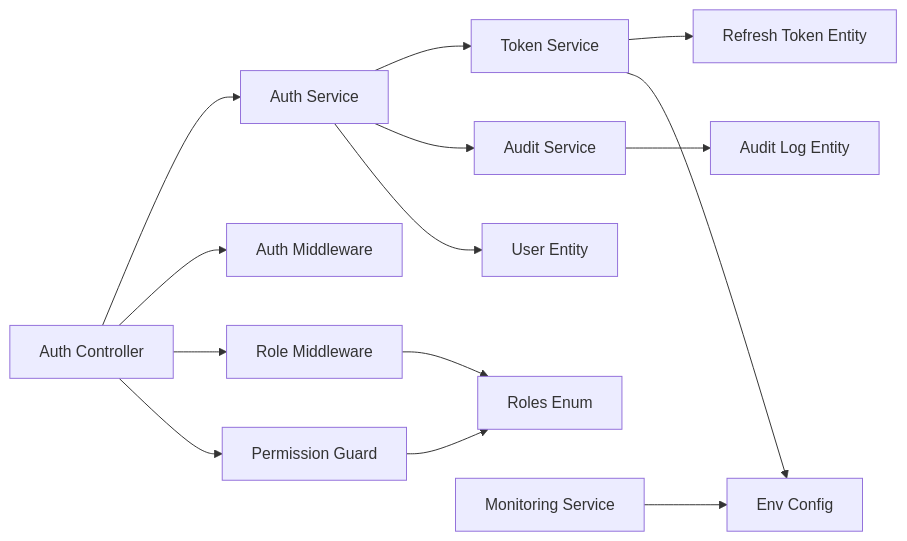
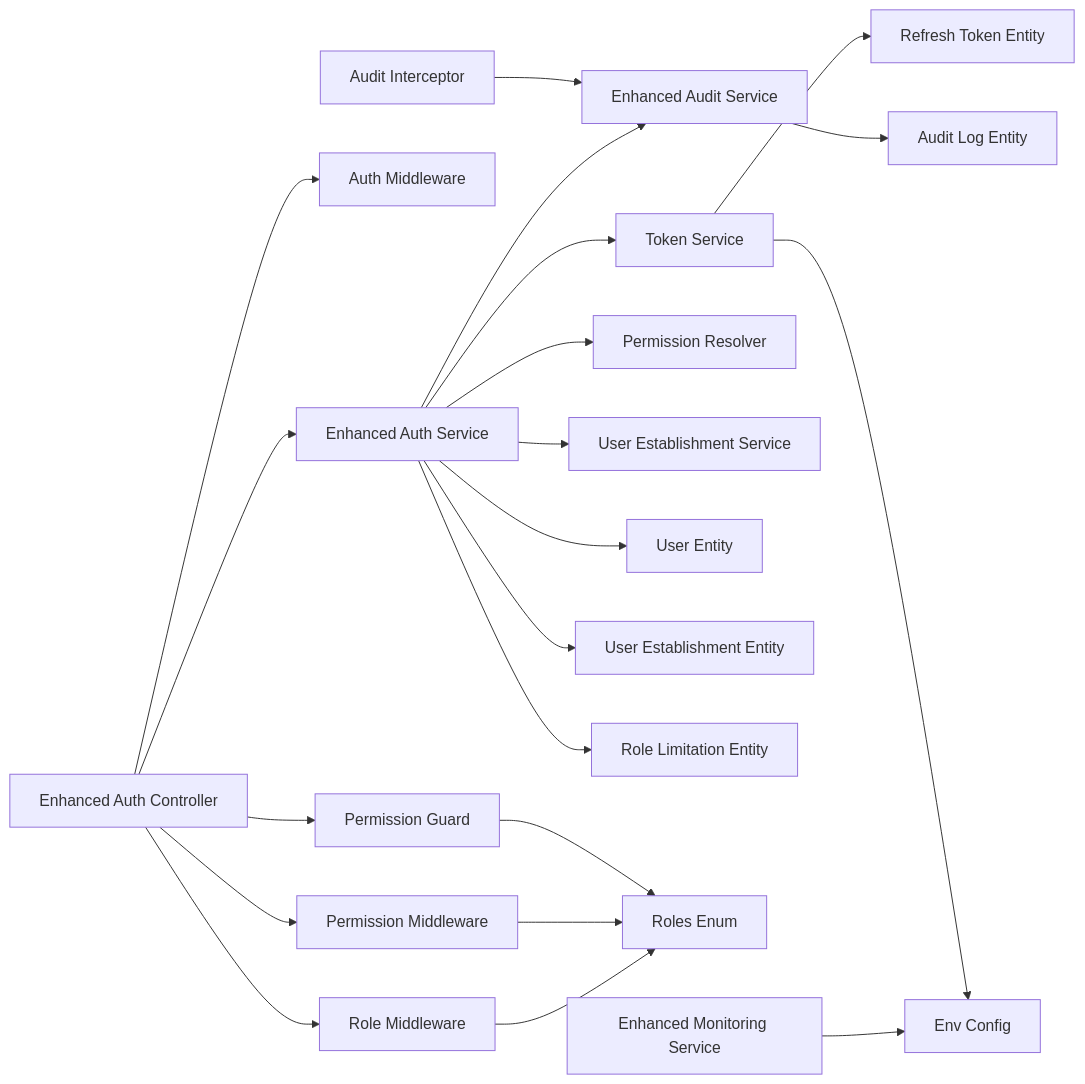
The ninth of 9 diagrams in .qoder/repowiki/en/content/Modules & Features/Administrative Modules/Security & Governance/Security & Governance.md (franckylab/eLISAschool), drawn with Mermaid before and after one commit. The commit also changed other lines of this file and 67 other files, not shown here.

````diff
--- a/.qoder/repowiki/en/content/Modules & Features/Administrative Modules/Security & Governance/Security & Governance.md
+++ b/.qoder/repowiki/en/content/Modules & Features/Administrative Modules/Security & Governance/Security & Governance.md
@@ -416,16 +535,23 @@
 ```mermaid
 graph LR
-AC["Auth Controller"] --> AS["Auth Service"]
+AC["Enhanced Auth Controller"] --> AS["Enhanced Auth Service"]
 AS --> TS["Token Service"]
-AS --> AU["Audit Service"]
+AS --> AU["Enhanced Audit Service"]
+AS --> PERMRES["Permission Resolver"]
+AS --> UESS["User Establishment Service"]
 AC --> PMW["Auth Middleware"]
 AC --> RMW["Role Middleware"]
+AC --> PMMW["Permission Middleware"]
 AC --> PG["Permission Guard"]
 AS --> UE["User Entity"]
+AS --> UET["User Establishment Entity"]
+AS --> ROLELT["Role Limitation Entity"]
 TS --> RTE["Refresh Token Entity"]
 AU --> AE["Audit Log Entity"]
+AI["Audit Interceptor"] --> AU
 RMW --> RE["Roles Enum"]
+PMMW --> RE
 PG --> RE
-MS["Monitoring Service"] --> EC["Env Config"]
+MS["Enhanced Monitoring Service"] --> EC["Env Config"]
 TS --> EC
 ```
````
